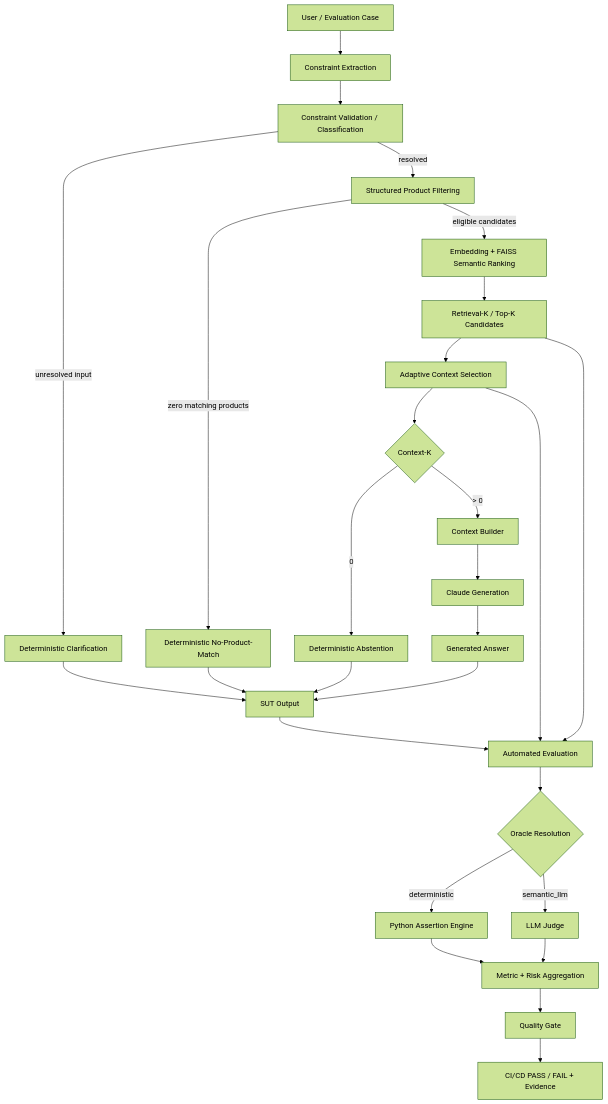
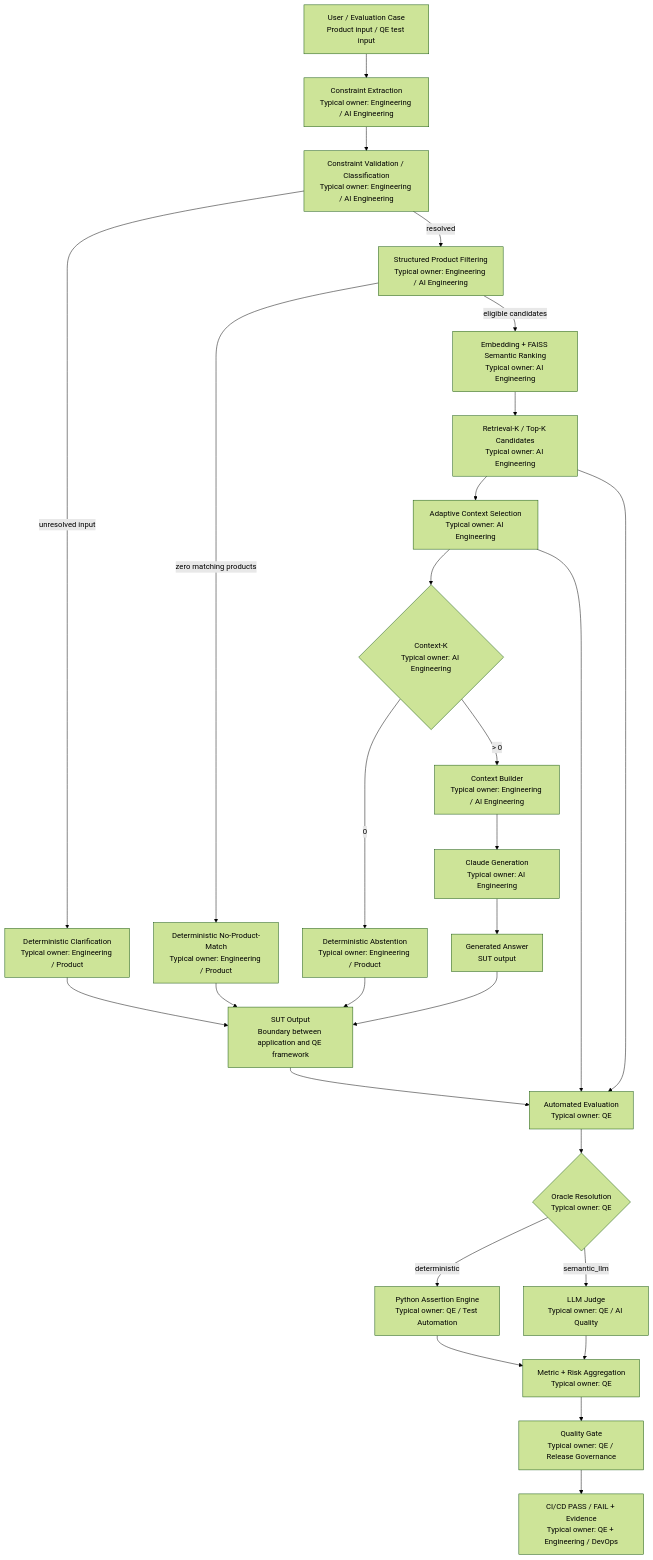
The diagram in README.md (oleksandrserhieiev-beep/ai-qe-lab), drawn with Mermaid (forest theme) before and after one commit. The commit also changed other lines of this file, not shown here.

Commit message:
docs: label typical ownership in master architecture

````diff
--- a/README.md
+++ b/README.md
@@ -17,35 +19,35 @@
 ```mermaid
 flowchart TD
-    U["User / Evaluation Case"] --> CE["Constraint Extraction"]
-    CE --> CV["Constraint Validation / Classification"]
+    U["User / Evaluation Case<br/>Product input / QE test input"] --> CE["Constraint Extraction<br/>Typical owner: Engineering / AI Engineering"]
+    CE --> CV["Constraint Validation / Classification<br/>Typical owner: Engineering / AI Engineering"]
 
-    CV -->|unresolved input| CL["Deterministic Clarification"]
-    CV -->|resolved| SF["Structured Product Filtering"]
+    CV -->|unresolved input| CL["Deterministic Clarification<br/>Typical owner: Engineering / Product"]
+    CV -->|resolved| SF["Structured Product Filtering<br/>Typical owner: Engineering / AI Engineering"]
 
-    SF -->|zero matching products| NM["Deterministic No-Product-Match"]
-    SF -->|eligible candidates| SR["Embedding + FAISS Semantic Ranking"]
-    SR --> RK["Retrieval-K / Top-K Candidates"]
-    RK --> AS["Adaptive Context Selection"]
-    AS --> CK{"Context-K"}
+    SF -->|zero matching products| NM["Deterministic No-Product-Match<br/>Typical owner: Engineering / Product"]
+    SF -->|eligible candidates| SR["Embedding + FAISS Semantic Ranking<br/>Typical owner: AI Engineering"]
+    SR --> RK["Retrieval-K / Top-K Candidates<br/>Typical owner: AI Engineering"]
+    RK --> AS["Adaptive Context Selection<br/>Typical owner: AI Engineering"]
+    AS --> CK{"Context-K<br/>Typical owner: AI Engineering"}
 
-    CK -->|0| AB["Deterministic Abstention"]
-    CK -->|> 0| CB["Context Builder"]
-    CB --> LLM["Claude Generation"]
-    LLM --> ANS["Generated Answer"]
+    CK -->|0| AB["Deterministic Abstention<br/>Typical owner: Engineering / Product"]
+    CK -->|> 0| CB["Context Builder<br/>Typical owner: Engineering / AI Engineering"]
+    CB --> LLM["Claude Generation<br/>Typical owner: AI Engineering"]
+    LLM --> ANS["Generated Answer<br/>SUT output"]
 
-    CL --> OUT["SUT Output"]
+    CL --> OUT["SUT Output<br/>Boundary between application and QE framework"]
     NM --> OUT
     AB --> OUT
     ANS --> OUT
 
-    OUT --> EV["Automated Evaluation"]
+    OUT --> EV["Automated Evaluation<br/>Typical owner: QE"]
     RK --> EV
     AS --> EV
-    EV --> OR{"Oracle Resolution"}
-    OR -->|deterministic| PY["Python Assertion Engine"]
-    OR -->|semantic_llm| J["LLM Judge"]
-    PY --> AG["Metric + Risk Aggregation"]
+    EV --> OR{"Oracle Resolution<br/>Typical owner: QE"}
+    OR -->|deterministic| PY["Python Assertion Engine<br/>Typical owner: QE / Test Automation"]
+    OR -->|semantic_llm| J["LLM Judge<br/>Typical owner: QE / AI Quality"]
+    PY --> AG["Metric + Risk Aggregation<br/>Typical owner: QE"]
     J --> AG
-    AG --> G["Quality Gate"]
-    G --> CI["CI/CD PASS / FAIL + Evidence"]
+    AG --> G["Quality Gate<br/>Typical owner: QE / Release Governance"]
+    G --> CI["CI/CD PASS / FAIL + Evidence<br/>Typical owner: QE + Engineering / DevOps"]
 ```
````
